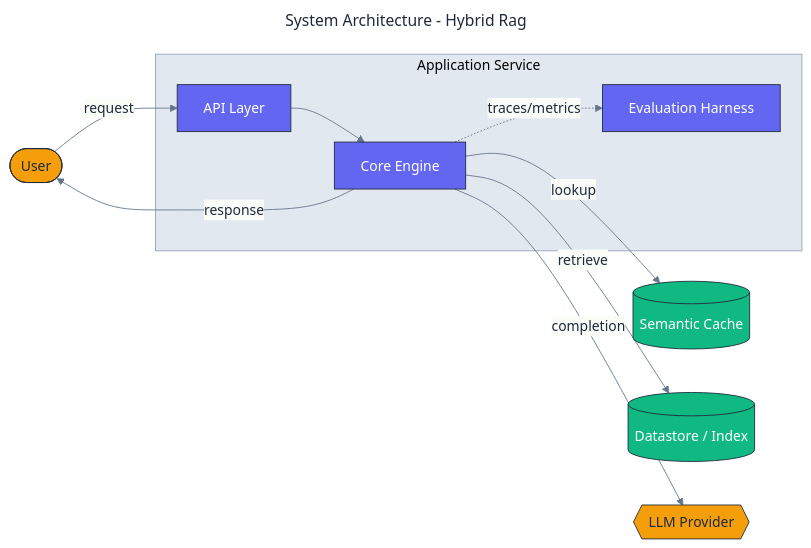
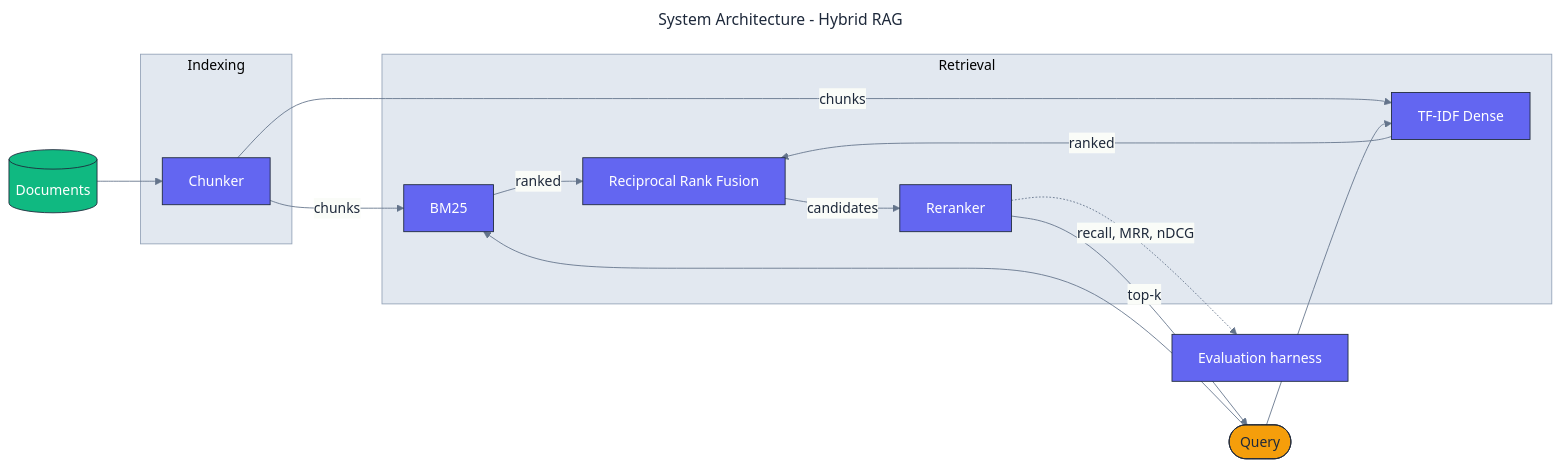
Before and after one commit to adeoluo/hybrid-rag: the diagram in docs/architecture/architecture.mmd, drawn with Mermaid. The commit also changed 9 other files, not shown here.

First line of the commit message:
docs: write README, architecture diagram, and responsible-AI cards

```diff
--- a/docs/architecture/architecture.mmd
+++ b/docs/architecture/architecture.mmd
@@ -1,38 +1,44 @@
 ---
-title: System Architecture - Hybrid Rag
+title: System Architecture - Hybrid RAG
 config:
   theme: base
   themeVariables:
     fontFamily: "Inter, system-ui, sans-serif"
     primaryColor: "#F8FAFC"
     primaryBorderColor: "#1E293B"
     primaryTextColor: "#1E293B"
     lineColor: "#64748B"
     clusterBkg: "#E2E8F0"
     clusterBorder: "#94A3B8"
 ---
 flowchart LR
     classDef core     fill:#6366F1,stroke:#1E293B,color:#ffffff,stroke-width:1px;
     classDef data     fill:#10B981,stroke:#1E293B,color:#ffffff,stroke-width:1px;
     classDef external fill:#F59E0B,stroke:#1E293B,color:#1E293B,stroke-width:1px;
-    classDef danger   fill:#EF4444,stroke:#1E293B,color:#ffffff,stroke-width:1px;
 
-    User([User]):::external
+    Docs[(Documents)]:::data
+    Query([Query]):::external
 
-    subgraph Application["Application Service"]
-        API[API Layer]:::core
-        Core[Core Engine]:::core
-        Evaluation[Evaluation Harness]:::core
+    subgraph Index["Indexing"]
+        Chunker[Chunker]:::core
     end
 
-    Cache[(Semantic Cache)]:::data
-    Store[(Datastore / Index)]:::data
-    LLM{{LLM Provider}}:::external
+    subgraph Retrieval["Retrieval"]
+        BM25[BM25]:::core
+        Dense[TF-IDF Dense]:::core
+        Fusion[Reciprocal Rank Fusion]:::core
+        Rerank[Reranker]:::core
+    end
 
-    User -->|request| API
-    API --> Core
-    Core -->|lookup| Cache
-    Core -->|retrieve| Store
-    Core -->|completion| LLM
-    Core -.->|traces/metrics| Evaluation
-    Core -->|response| User
+    Eval[Evaluation harness]:::core
+
+    Docs --> Chunker
+    Chunker -->|chunks| BM25
+    Chunker -->|chunks| Dense
+    Query --> BM25
+    Query --> Dense
+    BM25 -->|ranked| Fusion
+    Dense -->|ranked| Fusion
+    Fusion -->|candidates| Rerank
+    Rerank -->|top-k| Query
+    Rerank -.->|recall, MRR, nDCG| Eval
```
